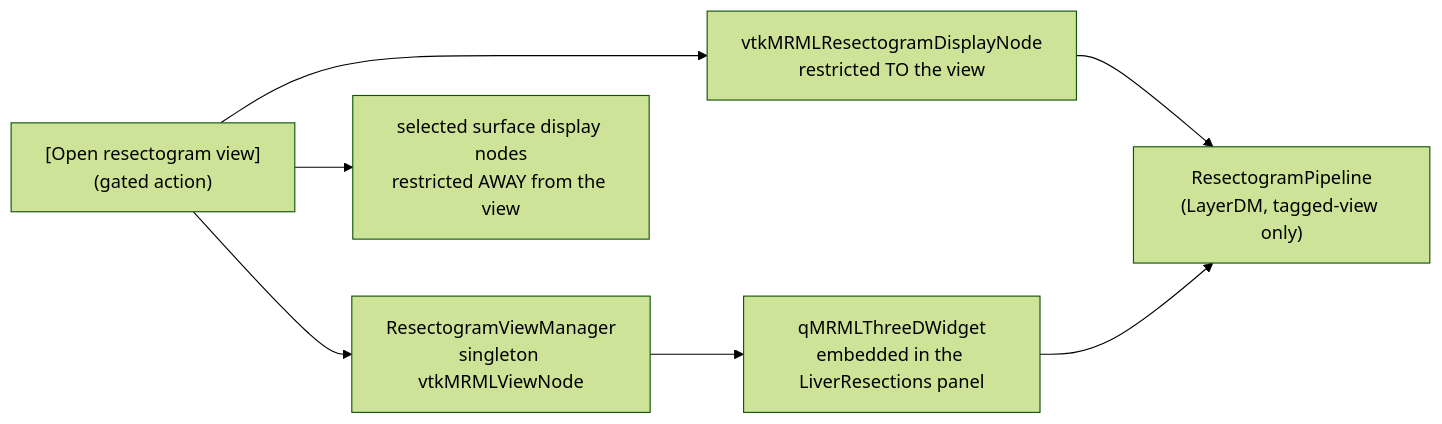
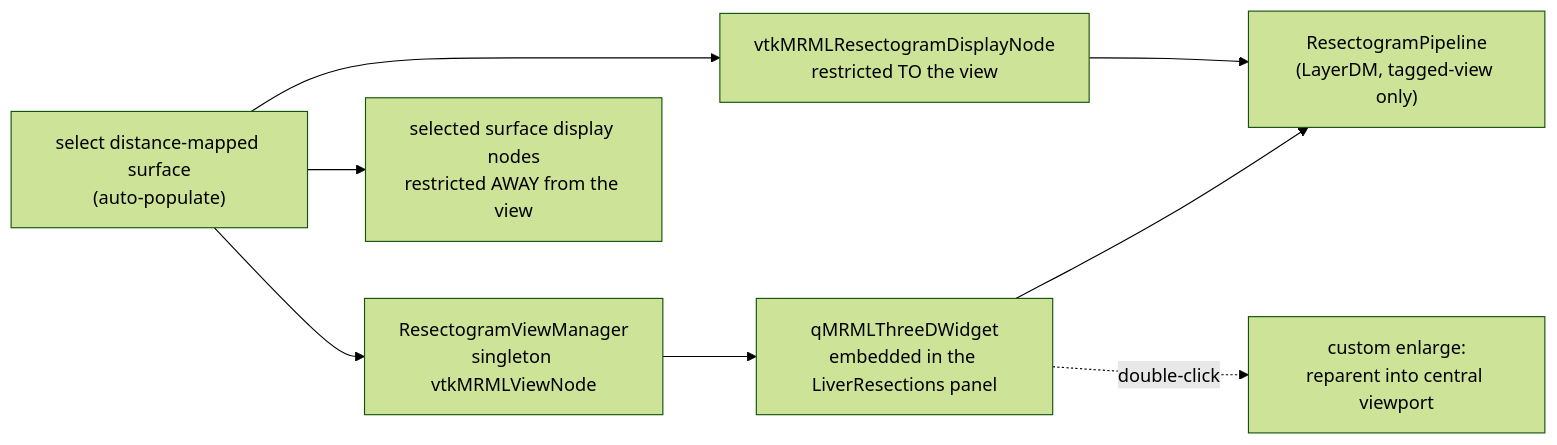
Before and after one commit to ALive-research/Slicer-Liver: the diagram in Docs/adr/0023-unified-gui-stage-workflow.md, drawn with Mermaid (forest theme). The commit also changed other lines of this file and 2 other files, not shown here.

First line of the commit message:
DOC: Align ADR-0023 + comments with the as-built resectogram surface

````diff
--- a/Docs/adr/0023-unified-gui-stage-workflow.md
+++ b/Docs/adr/0023-unified-gui-stage-workflow.md
@@ -587,9 +607,10 @@
 ```mermaid
 flowchart LR
-  A["[Open resectogram view]<br/>(gated action)"] --> B["ResectogramViewManager<br/>singleton vtkMRMLViewNode"]
+  A["select distance-mapped surface<br/>(auto-populate)"] --> B["ResectogramViewManager<br/>singleton vtkMRMLViewNode"]
   A --> C["vtkMRMLResectogramDisplayNode<br/>restricted TO the view"]
   A --> D["selected surface display nodes<br/>restricted AWAY from the view"]
   B --> E["qMRMLThreeDWidget<br/>embedded in the LiverResections panel"]
   C --> F["ResectogramPipeline<br/>(LayerDM, tagged-view only)"]
   E --> F
+  E -.->|double-click| G["custom enlarge:<br/>reparent into central viewport"]
 ```
````
